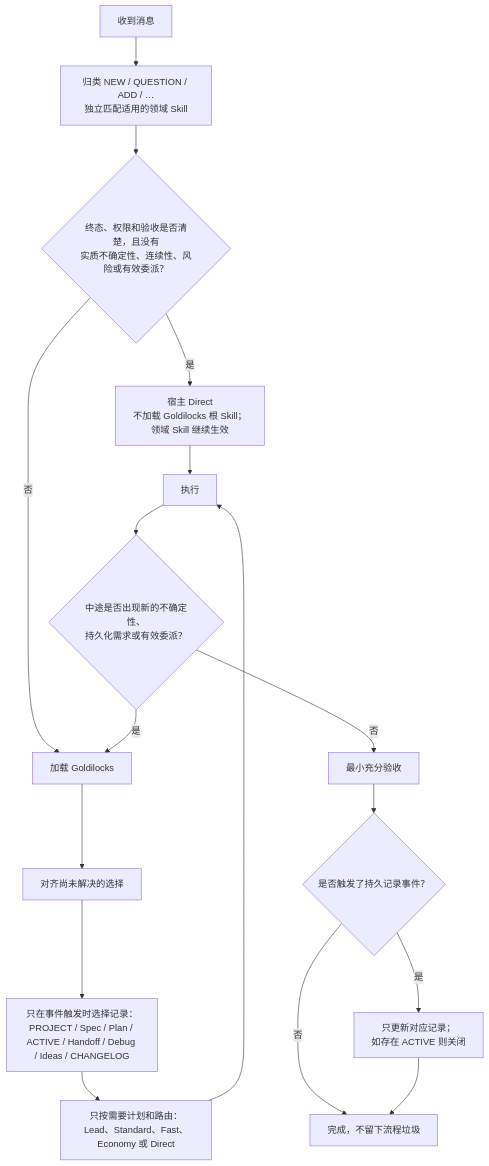
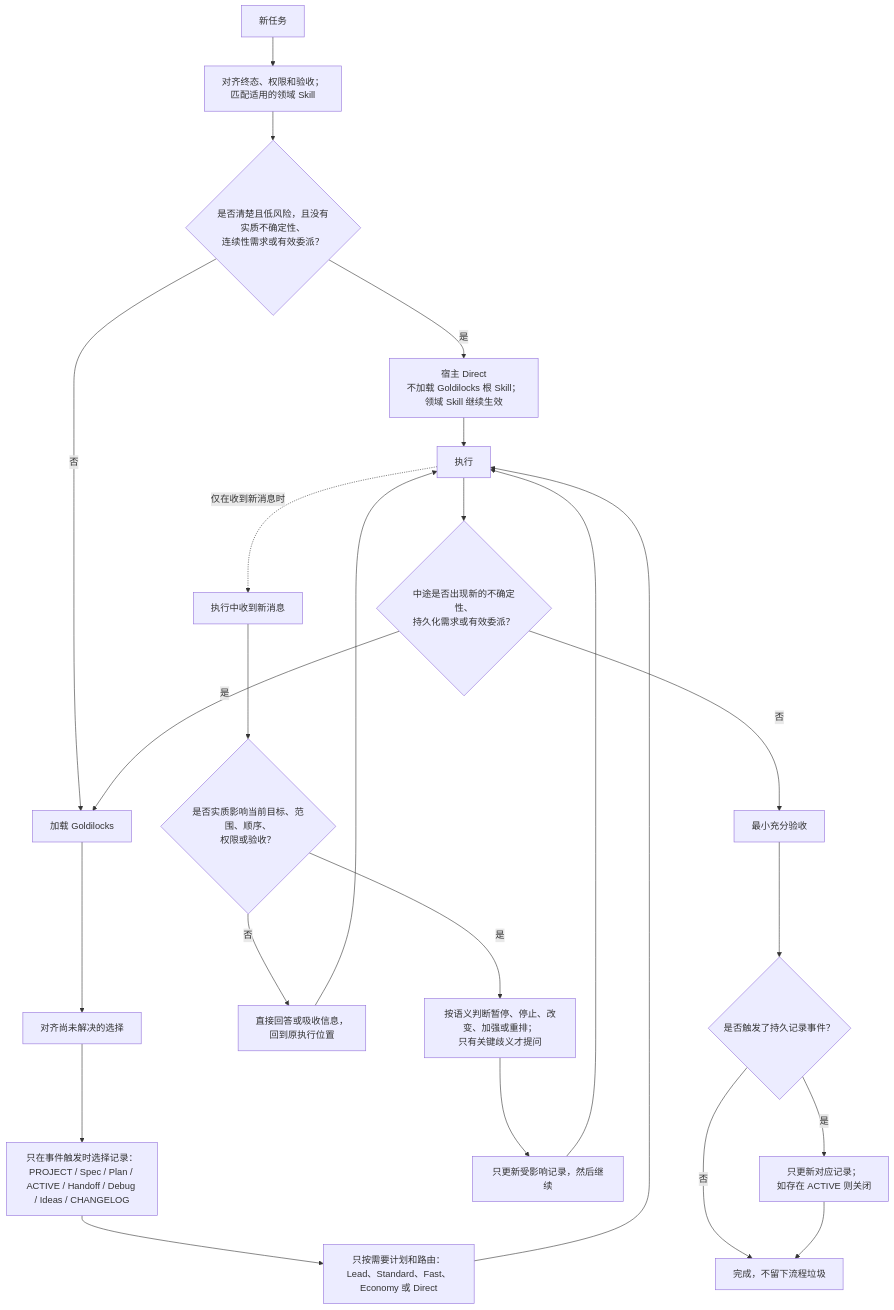
One commit to blackstone2333/goldilocks changed the diagram in README.zh-CN.md. Above: the diagram before and after it, drawn with Mermaid. The commit also changed other lines of this file and 34 other files, not shown here.

````diff
--- a/README.zh-CN.md
+++ b/README.zh-CN.md
@@ -107,19 +107,26 @@
 ```mermaid
 flowchart TD
-    A["收到消息"] --> B["归类 NEW / QUESTION / ADD / …<br/>独立匹配适用的领域 Skill"]
-    B --> C{"终态、权限和验收是否清楚，且没有<br/>实质不确定性、连续性、风险或有效委派？"}
+    A["新任务"] --> B["对齐终态、权限和验收；<br/>匹配适用的领域 Skill"]
+    B --> C{"是否清楚且低风险，且没有实质不确定性、<br/>连续性需求或有效委派？"}
     C -- "是" --> D["宿主 Direct<br/>不加载 Goldilocks 根 Skill；<br/>领域 Skill 继续生效"]
     C -- "否" --> E["加载 Goldilocks"]
     E --> F["对齐尚未解决的选择"]
     F --> G["只在事件触发时选择记录：<br/>PROJECT / Spec / Plan / ACTIVE / Handoff / Debug / Ideas / CHANGELOG"]
     G --> H["只按需要计划和路由：<br/>Lead、Standard、Fast、Economy 或 Direct"]
     D --> I["执行"]
     H --> I
-    I --> J{"中途是否出现新的不确定性、<br/>持久化需求或有效委派？"}
-    J -- "是" --> E
-    J -- "否" --> K["最小充分验收"]
-    K --> L{"是否触发了持久记录事件？"}
-    L -- "是" --> M["只更新对应记录；<br/>如存在 ACTIVE 则关闭"]
-    L -- "否" --> N["完成，不留下流程垃圾"]
-    M --> N
+    I --> O{"中途是否出现新的不确定性、<br/>持久化需求或有效委派？"}
+    I -. "仅在收到新消息时" .-> J["执行中收到新消息"]
+    J --> K{"是否实质影响当前目标、范围、顺序、<br/>权限或验收？"}
+    K -- "否" --> L["直接回答或吸收信息，<br/>回到原执行位置"]
+    L --> I
+    K -- "是" --> M["按语义判断暂停、停止、改变、加强或重排；<br/>只有关键歧义才提问"]
+    M --> N["只更新受影响记录，然后继续"]
+    N --> I
+    O -- "是" --> E
+    O -- "否" --> P["最小充分验收"]
+    P --> Q{"是否触发了持久记录事件？"}
+    Q -- "是" --> R["只更新对应记录；<br/>如存在 ACTIVE 则关闭"]
+    Q -- "否" --> S["完成，不留下流程垃圾"]
+    R --> S
 ```
````
